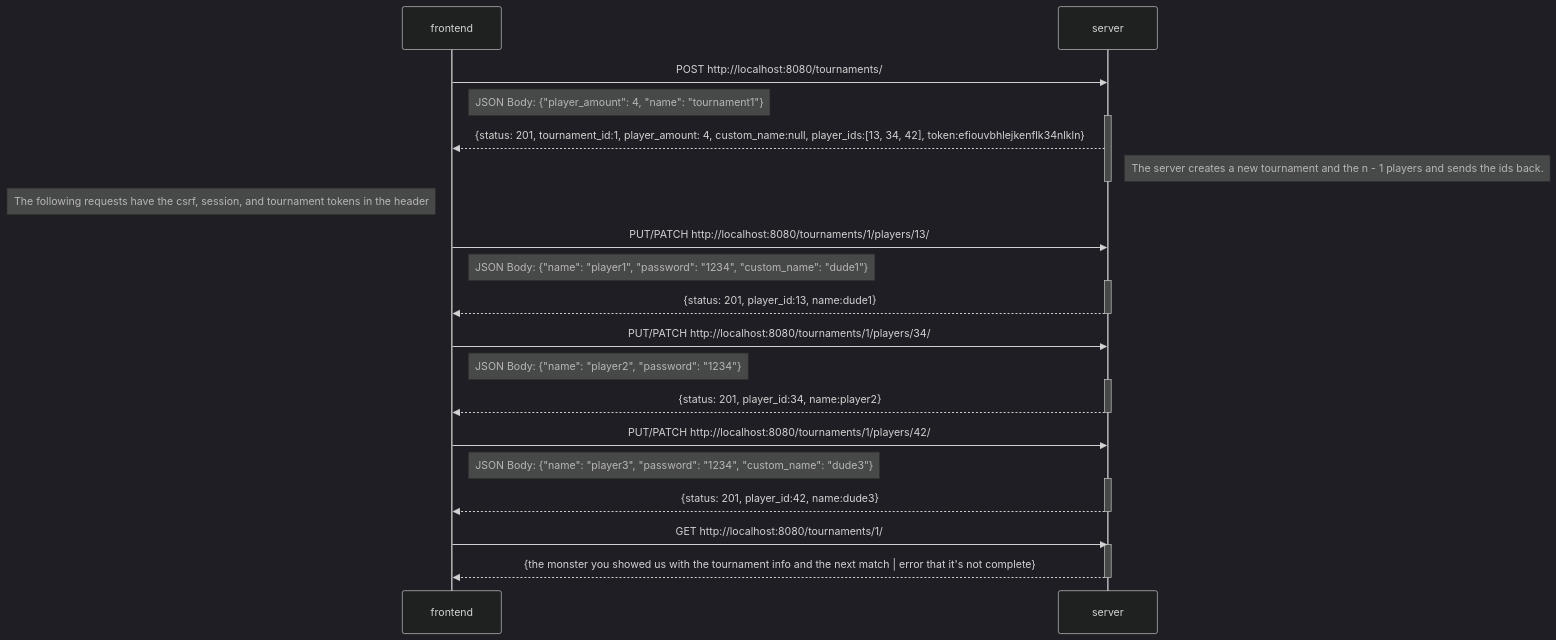
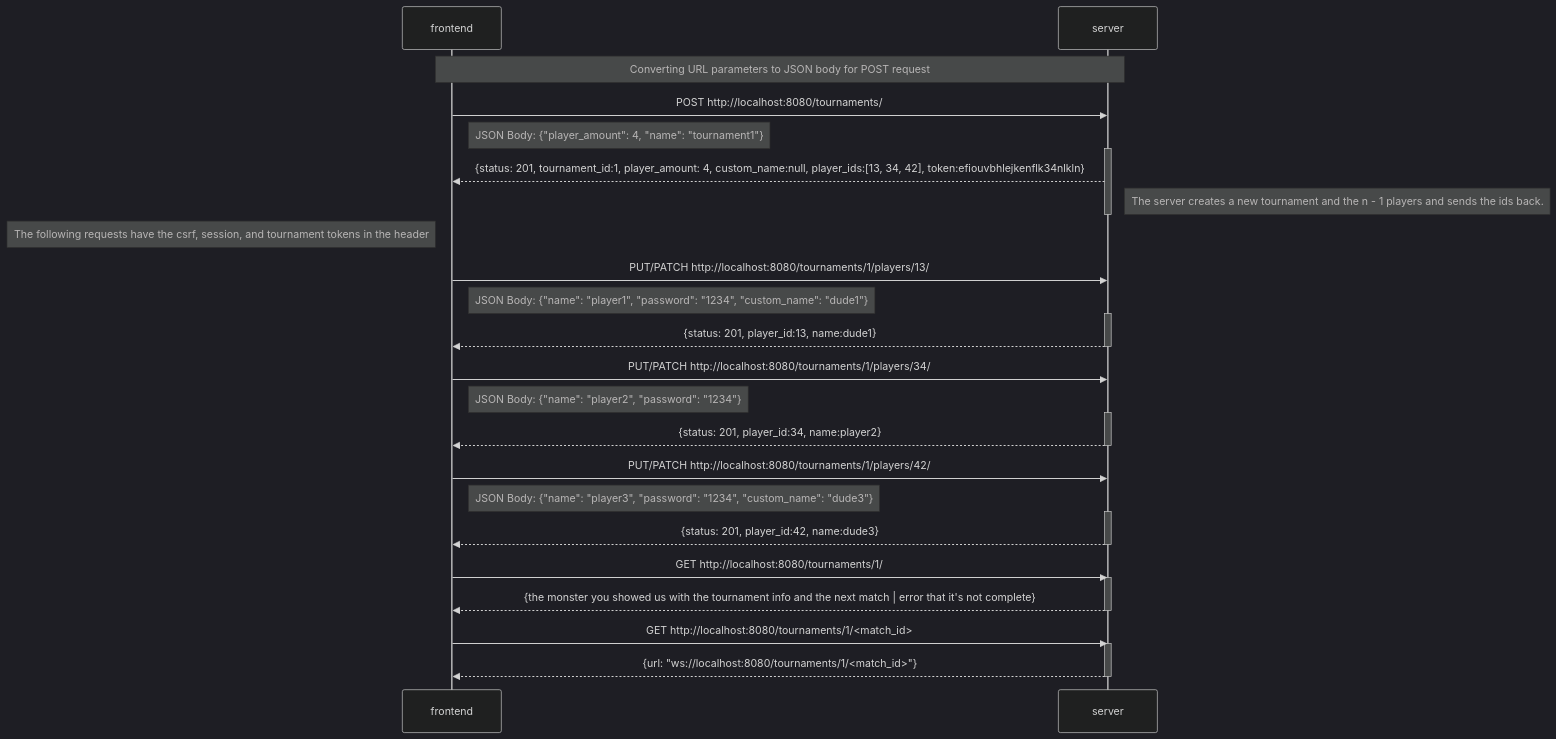
The diagram in tournament_api.md (dorianjagusch/ft_transcendence), drawn with Mermaid (dark theme) before and after one commit.

Commit message:
Restore final steps until websocket info is returned

````diff
--- a/tournament_api.md
+++ b/tournament_api.md
@@ -1,36 +1,43 @@
 ```mermaid
 sequenceDiagram
     participant frontend
     participant server
 
+    Note over frontend,server: Converting URL parameters to JSON body for POST request
     frontend->>server: POST http://localhost:8080/tournaments/
     Note right of frontend: JSON Body: {"player_amount": 4, "name": "tournament1"}
     activate server
     server-->>frontend: {status: 201, tournament_id:1, player_amount: 4, custom_name:null, player_ids:[13, 34, 42], token:efiouvbhlejkenflk34nlkln}
     Note right of server: The server creates a new tournament and the n - 1 players and sends the ids back.
     deactivate server
 
     Note left of frontend: The following requests have the csrf, session, and tournament tokens in the header
     frontend->>server: PUT/PATCH http://localhost:8080/tournaments/1/players/13/
     Note right of frontend: JSON Body: {"name": "player1", "password": "1234", "custom_name": "dude1"}
     activate server
     server-->>frontend: {status: 201, player_id:13, name:dude1}
     deactivate server
 
     frontend->>server: PUT/PATCH http://localhost:8080/tournaments/1/players/34/
     Note right of frontend: JSON Body: {"name": "player2", "password": "1234"}
     activate server
     server-->>frontend: {status: 201, player_id:34, name:player2}
     deactivate server
 
     frontend->>server: PUT/PATCH http://localhost:8080/tournaments/1/players/42/
     Note right of frontend: JSON Body: {"name": "player3", "password": "1234", "custom_name": "dude3"}
     activate server
     server-->>frontend: {status: 201, player_id:42, name:dude3}
     deactivate server
 
     frontend->>server: GET http://localhost:8080/tournaments/1/
     activate server
     server-->>frontend: {the monster you showed us with the tournament info and the next match | error that it's not complete}
     deactivate server
+
+	frontend->>server: GET http://localhost:8080/tournaments/1/<match_id>
+	activate server
+	server-->>frontend: {url: "ws://localhost:8080/tournaments/1/<match_id>"}
+	deactivate server
+
 ```
````
